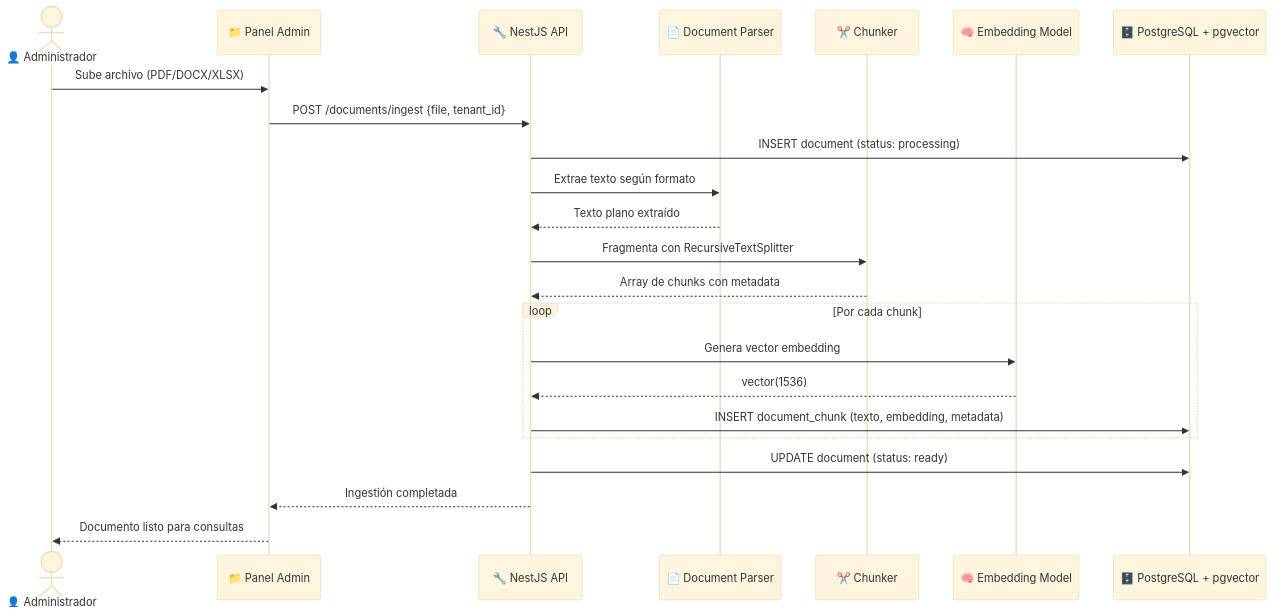
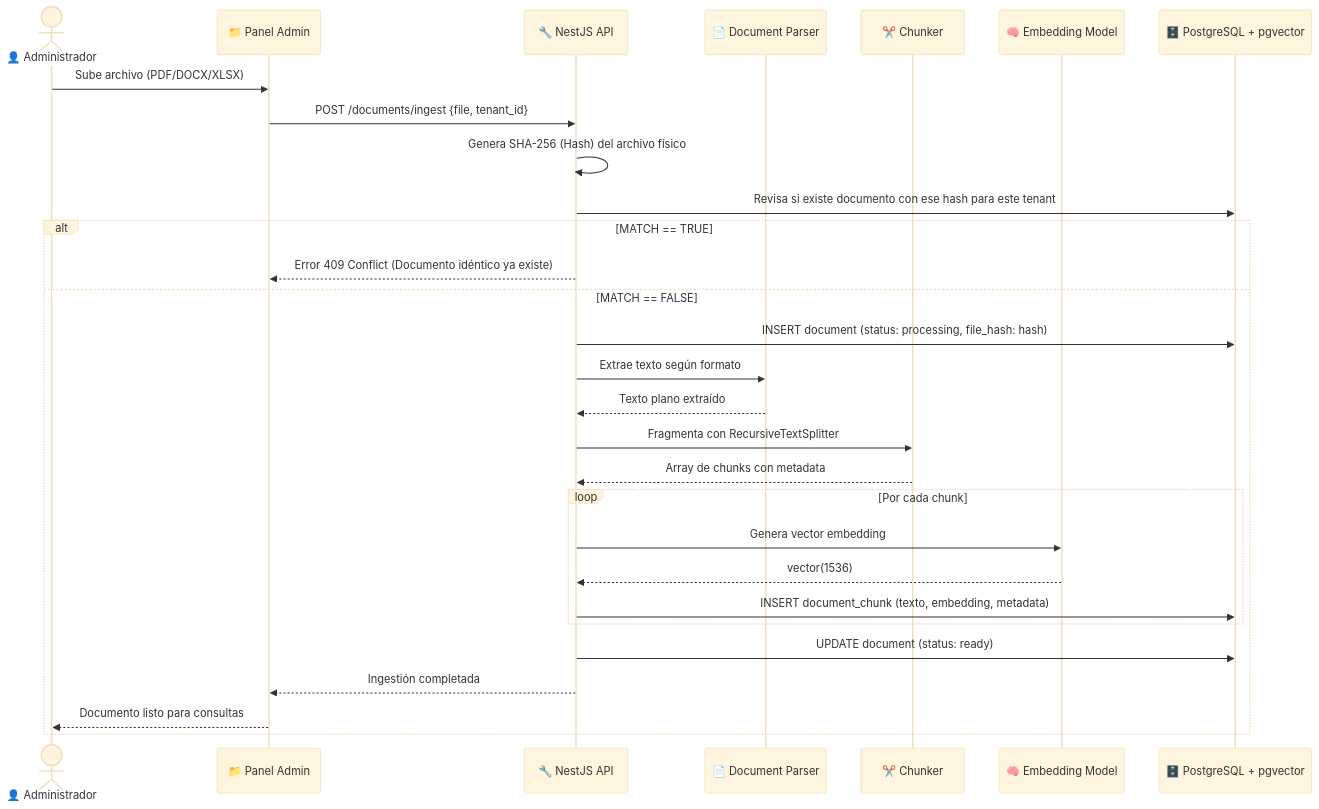
The third of 8 diagrams in Documents/git/skills-codelab/production_artifacts/Technical_Specification.md (rmaturana-git/AsistenteDigital-RM3-Skills), drawn with Mermaid (base theme) before and after one commit. The commit also changed other lines of this file and 16 other files, not shown here.

````diff
--- a/Documents/git/skills-codelab/production_artifacts/Technical_Specification.md
+++ b/Documents/git/skills-codelab/production_artifacts/Technical_Specification.md
@@ -178,28 +178,34 @@
 ```mermaid
 sequenceDiagram
     actor Admin as 👤 Administrador
     participant Panel as 📁 Panel Admin
     participant API as 🔧 NestJS API
     participant Parser as 📄 Document Parser
     participant Chunker as ✂️ Chunker
     participant Embedder as 🧠 Embedding Model
     participant DB as 🗄️ PostgreSQL + pgvector
 
     Admin->>Panel: Sube archivo (PDF/DOCX/XLSX)
     Panel->>API: POST /documents/ingest {file, tenant_id}
-    API->>DB: INSERT document (status: processing)
-    API->>Parser: Extrae texto según formato
-    Parser-->>API: Texto plano extraído
-    API->>Chunker: Fragmenta con RecursiveTextSplitter
-    Chunker-->>API: Array de chunks con metadata
+    API->>API: Genera SHA-256 (Hash) del archivo físico
+    API->>DB: Revisa si existe documento con ese hash para este tenant
+    alt MATCH == TRUE
+       API-->>Panel: Error 409 Conflict (Documento idéntico ya existe)
+    else MATCH == FALSE
+       API->>DB: INSERT document (status: processing, file_hash: hash)
+       API->>Parser: Extrae texto según formato
+       Parser-->>API: Texto plano extraído
+       API->>Chunker: Fragmenta con RecursiveTextSplitter
+       Chunker-->>API: Array de chunks con metadata
 
     loop Por cada chunk
         API->>Embedder: Genera vector embedding
         Embedder-->>API: vector(1536)
         API->>DB: INSERT document_chunk (texto, embedding, metadata)
     end
 
     API->>DB: UPDATE document (status: ready)
     API-->>Panel: Ingestión completada
     Panel-->>Admin: Documento listo para consultas
+    end
 ```
````
